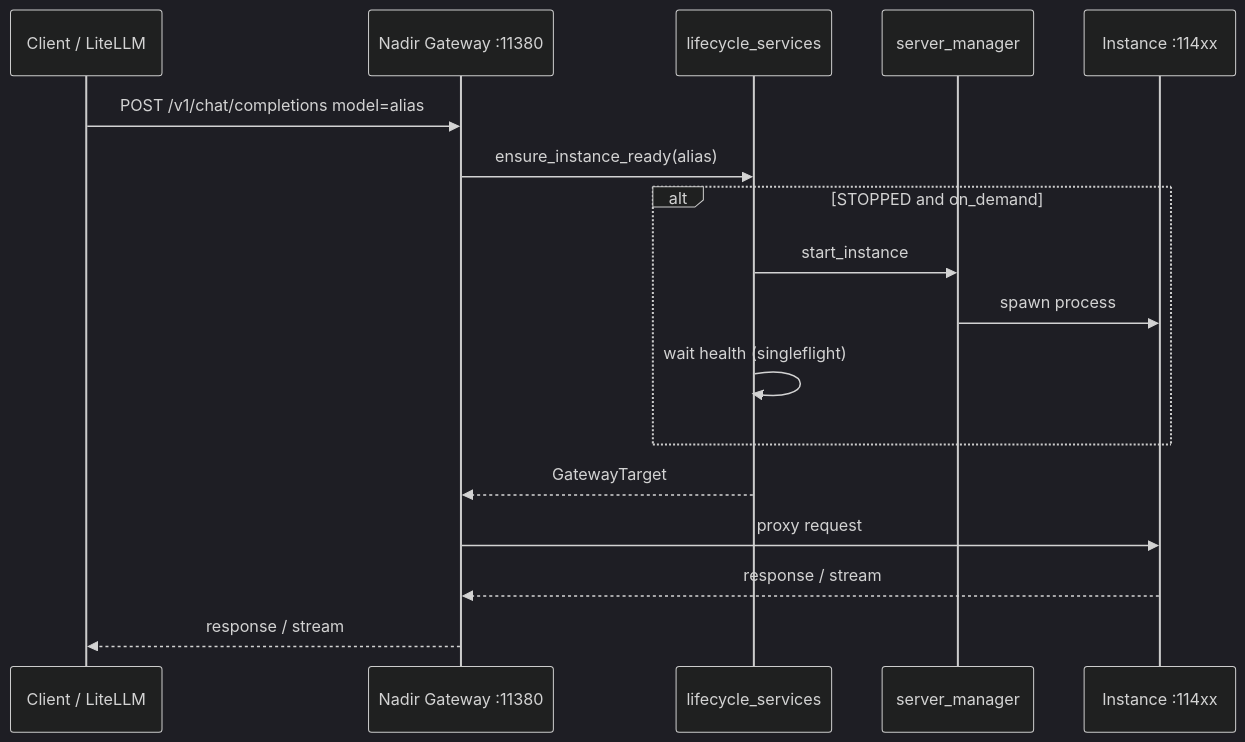
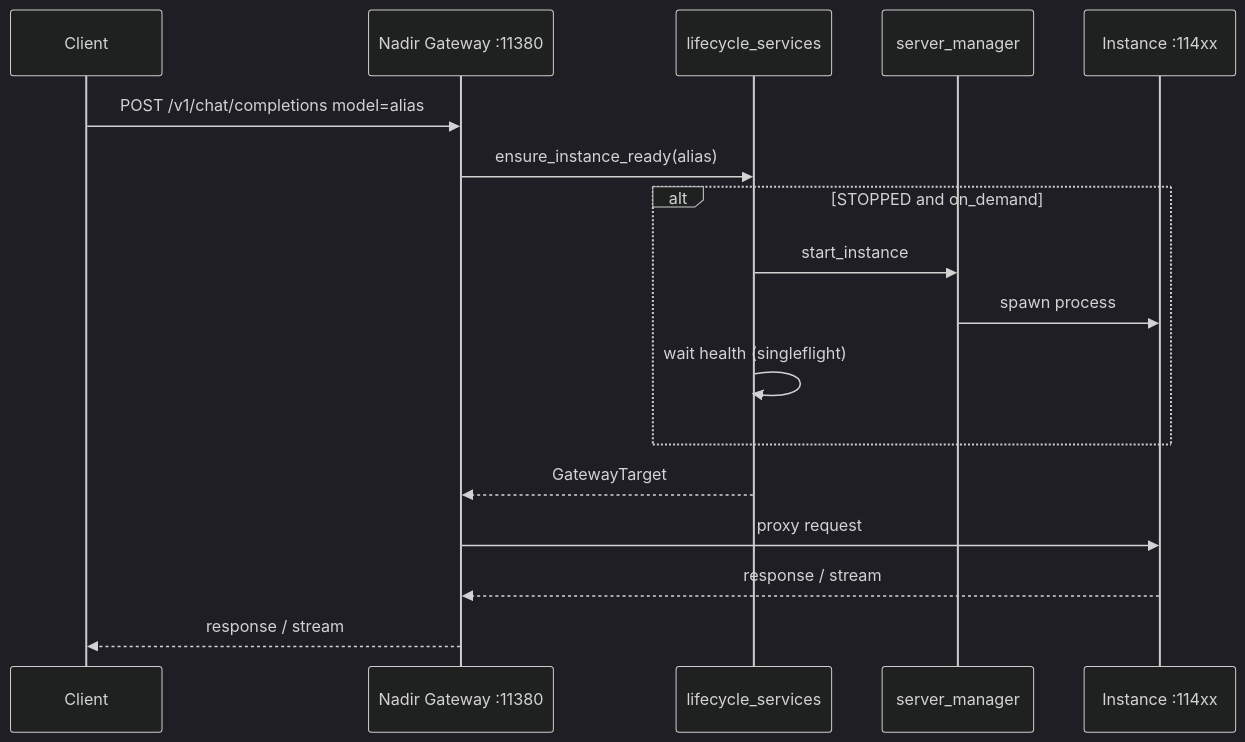
One commit to assiadialeb/nadir-mlx changed the diagram in docs/usage/instance-lifecycle.md. Above: the diagram before and after it, drawn with Mermaid (dark theme). The commit also changed other lines of this file and 23 other files, not shown here.

````diff
--- a/docs/usage/instance-lifecycle.md
+++ b/docs/usage/instance-lifecycle.md
@@ -43,20 +43,20 @@
 ```mermaid
 sequenceDiagram
-    participant Client as Client / LiteLLM
+    participant Client as Client
     participant GW as Nadir Gateway :11380
     participant LC as lifecycle_services
     participant SM as server_manager
     participant MLX as Instance :114xx
 
     Client->>GW: POST /v1/chat/completions model=alias
     GW->>LC: ensure_instance_ready(alias)
     alt STOPPED and on_demand
         LC->>SM: start_instance
         SM->>MLX: spawn process
         LC->>LC: wait health (singleflight)
     end
     LC-->>GW: GatewayTarget
     GW->>MLX: proxy request
     MLX-->>GW: response / stream
     GW-->>Client: response / stream
 ```
````
